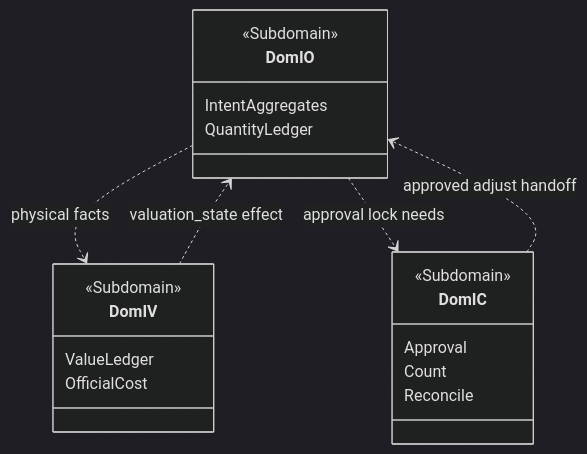
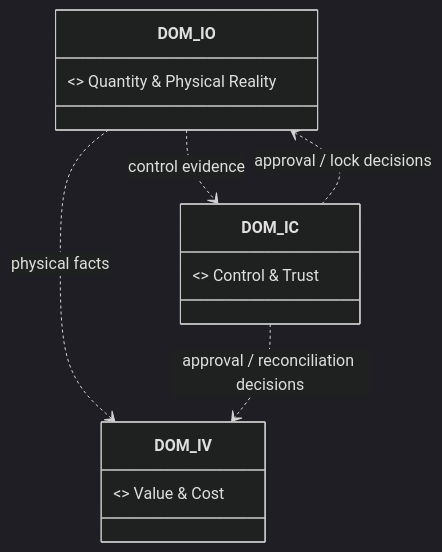
Before and after one commit to DsChien102/erp-sales-inventory: the second of 3 diagrams in specs/themes/theme-07/02.specification/domain/domain-foundation/DOM-COM.md, drawn with Mermaid (dark theme). The commit also changed other lines of this file and 4136 other files, not shown here.

````diff
--- a/specs/themes/theme-07/02.specification/domain/domain-foundation/DOM-COM.md
+++ b/specs/themes/theme-07/02.specification/domain/domain-foundation/DOM-COM.md
@@ -103,24 +78,10 @@
 ```mermaid
 classDiagram
-    class DomIO {
-        <<Subdomain>>
-        IntentAggregates
-        QuantityLedger
-    }
-    class DomIC {
-        <<Subdomain>>
-        Approval
-        Count
-        Reconcile
-    }
-    class DomIV {
-        <<Subdomain>>
-        ValueLedger
-        OfficialCost
-    }
-
-    DomIO ..> DomIV : physical facts
-    DomIO ..> DomIC : approval lock needs
-    DomIC ..> DomIO : approved adjust handoff
-    DomIV ..> DomIO : valuation_state effect
+    class DOM_IO { <<Subdomain>> Quantity & Physical Reality }
+    class DOM_IC { <<Subdomain>> Control & Trust }
+    class DOM_IV { <<Subdomain>> Value & Cost }
+    DOM_IO ..> DOM_IV : physical facts
+    DOM_IO ..> DOM_IC : control evidence
+    DOM_IC ..> DOM_IO : approval / lock decisions
+    DOM_IC ..> DOM_IV : approval / reconciliation decisions
 ```
````
